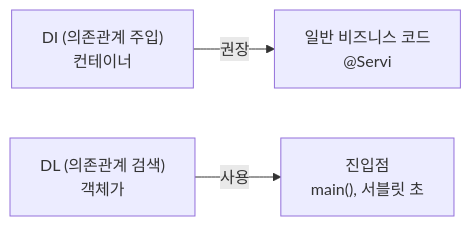
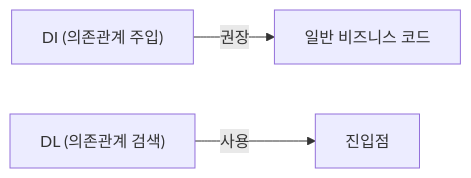
One commit to yjkim2015/yjkim2015.github.io changed the fourth of 5 diagrams in _posts/spring/2022-06-16-의존관계 주입(DI).md. Above: the diagram before and after it, drawn with Mermaid. The commit also changed other lines of this file and 217 other files, not shown here.

First line of the commit message:
Mermaid 크기 수정: useMaxWidth:true + SVG max-width:100% + 라벨 축소

````diff
--- a/_posts/spring/2022-06-16-의존관계 주입(DI).md
+++ b/_posts/spring/2022-06-16-의존관계 주입(DI).md
@@ -177,7 +177,7 @@
 ```mermaid
 graph LR
-    DI["DI (의존관계 주입)\n컨테이너"]
-    DL["DL (의존관계 검색)\n객체가"]
-    DI -->|"권장"| PROD["일반 비즈니스 코드\n@Servi"]
-    DL -->|"사용"| ENTRY["진입점\nmain(), 서블릿 초"]
+    DI["DI (의존관계 주입)"]
+    DL["DL (의존관계 검색)"]
+    DI -->|"권장"| PROD["일반 비즈니스 코드"]
+    DL -->|"사용"| ENTRY["진입점"]
 ```
````
